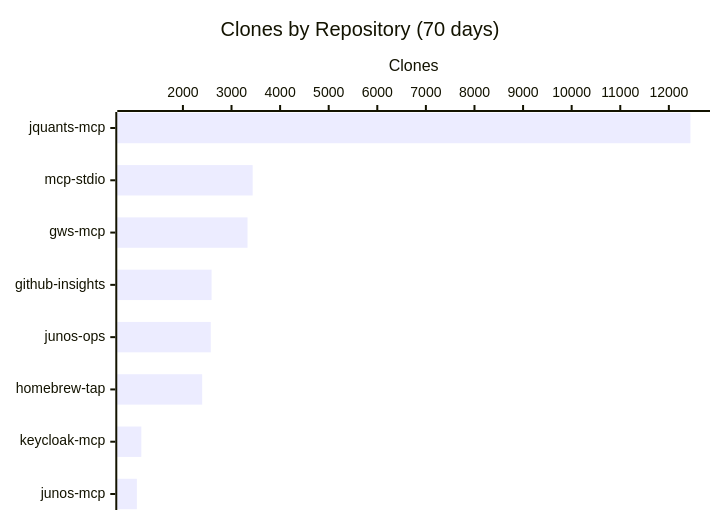
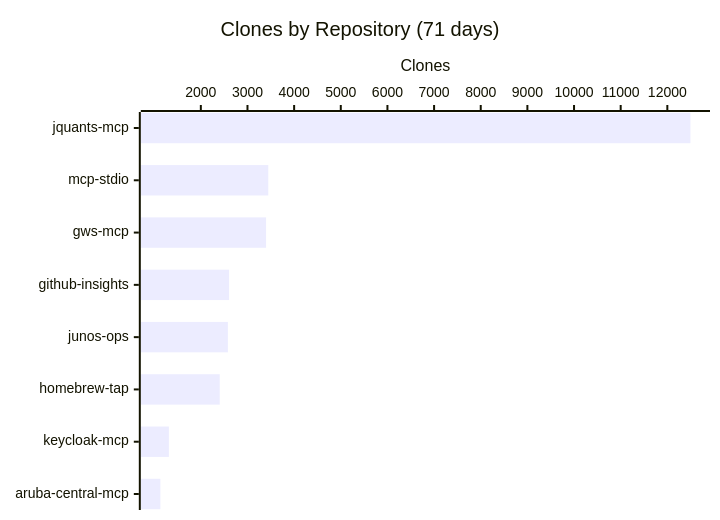
Before and after one commit to shigechika/github-insights: the third of 3 diagrams in README.md, drawn with Mermaid. The commit also changed other lines of this file and 2 other files, not shown here.

````diff
--- a/README.md
+++ b/README.md
@@ -38,7 +38,7 @@
 ```mermaid
 xychart-beta horizontal
-    title "Clones by Repository (70 days)"
-    x-axis ["jquants-mcp", "mcp-stdio", "gws-mcp", "github-insights", "junos-ops", "homebrew-tap", "keycloak-mcp", "junos-mcp"]
+    title "Clones by Repository (71 days)"
+    x-axis ["jquants-mcp", "mcp-stdio", "gws-mcp", "github-insights", "junos-ops", "homebrew-tap", "keycloak-mcp", "aruba-central-mcp"]
     y-axis "Clones"
-    bar [12444, 3435, 3329, 2590, 2573, 2396, 1144, 1052]
+    bar [12495, 3446, 3399, 2605, 2580, 2405, 1315, 1133]
 ```
````
